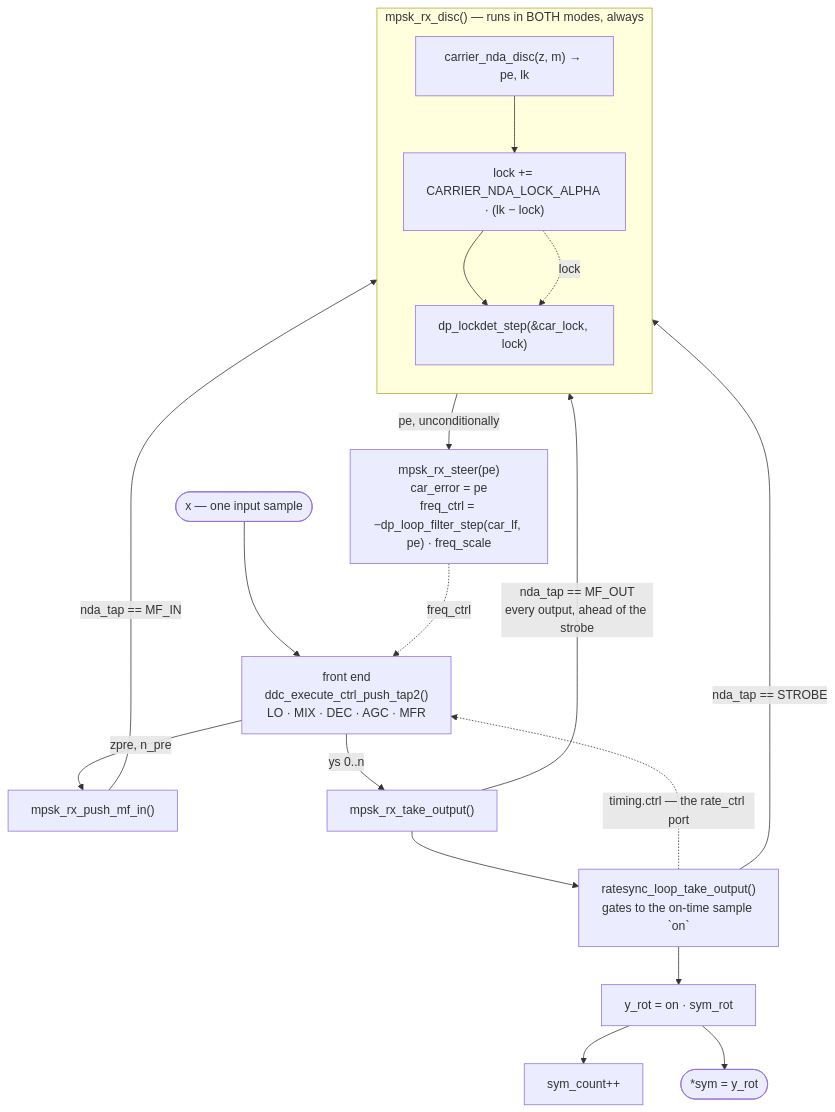
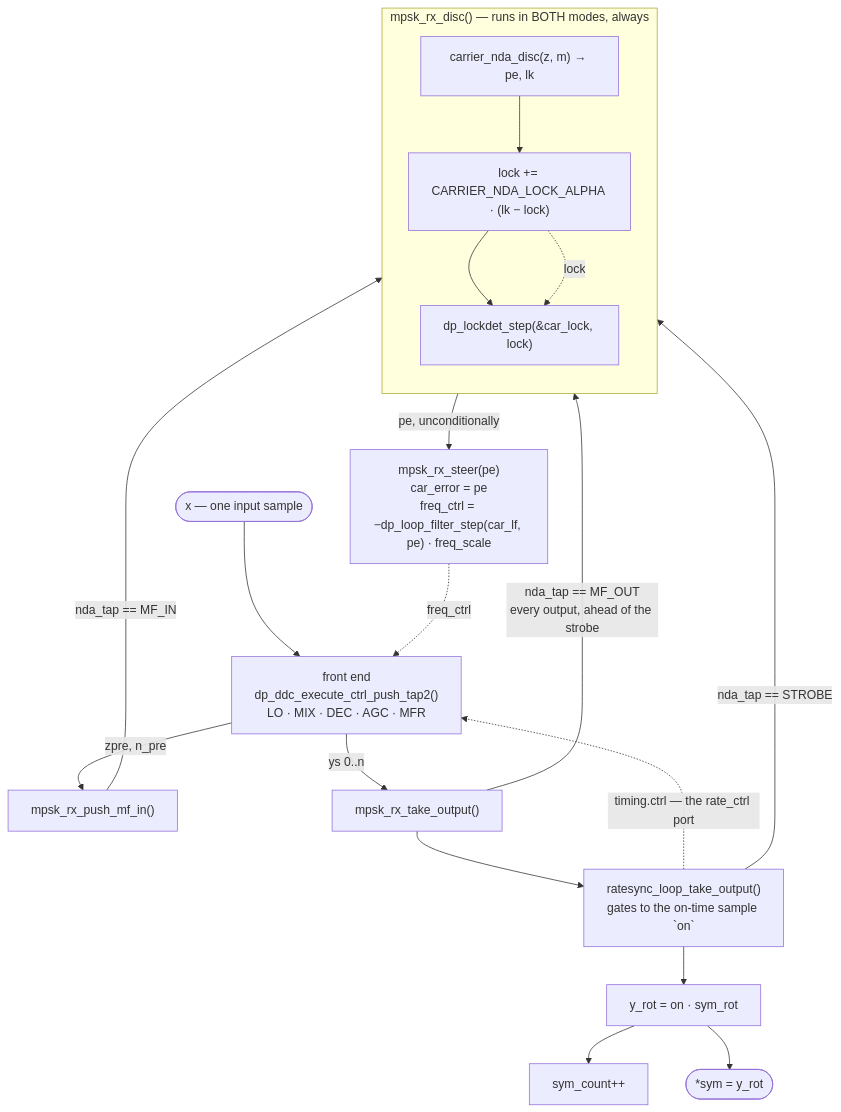
One commit to doppler-dsp/doppler changed the second of 2 diagrams in docs/design/mpsk.md. Above: the diagram before and after it, drawn with Mermaid. The commit also changed other lines of this file and 519 other files, not shown here.

````diff
--- a/docs/design/mpsk.md
+++ b/docs/design/mpsk.md
@@ -185,35 +185,35 @@
 ```mermaid
 flowchart TB
     X(["x — one input sample"])
-    FE["front end<br/>ddc_execute_ctrl_push_tap2()<br/>LO · MIX · DEC · AGC · MFR"]
+    FE["front end<br/>dp_ddc_execute_ctrl_push_tap2()<br/>LO · MIX · DEC · AGC · MFR"]
     X --> FE
 
     FE -->|"zpre, n_pre"| PMI["mpsk_rx_push_mf_in()"]
     FE -->|"ys 0..n"| TO["mpsk_rx_take_output()"]
 
     PMI -->|"nda_tap == MF_IN"| DISC
     TO -->|"nda_tap == MF_OUT<br/>every output, ahead of the strobe"| DISC
 
     TO --> RL["ratesync_loop_take_output()<br/>gates to the on-time sample `on`"]
     RL -->|"nda_tap == STROBE"| DISC
 
     subgraph D["mpsk_rx_disc() — runs in BOTH modes, always"]
         direction TB
         DISC["carrier_nda_disc(z, m) → pe, lk"]
         LKE["lock += CARRIER_NDA_LOCK_ALPHA · (lk − lock)"]
         CLD["dp_lockdet_step(&amp;car_lock, lock)"]
         DISC --> LKE --> CLD
     end
 
     RL --> ROT["y_rot = on · sym_rot"]
     DISC -->|"pe, unconditionally"| STEER
 
     STEER["mpsk_rx_steer(pe)<br/>car_error = pe<br/>freq_ctrl = −dp_loop_filter_step(car_lf, pe) · freq_scale"]
 
     ROT --> CNT["sym_count++"]
     LKE -.->|"lock"| CLD
 
     STEER -.->|"freq_ctrl"| FE
     RL -.->|"timing.ctrl — the rate_ctrl port"| FE
     ROT --> OUT(["*sym = y_rot"])
 ```
````
